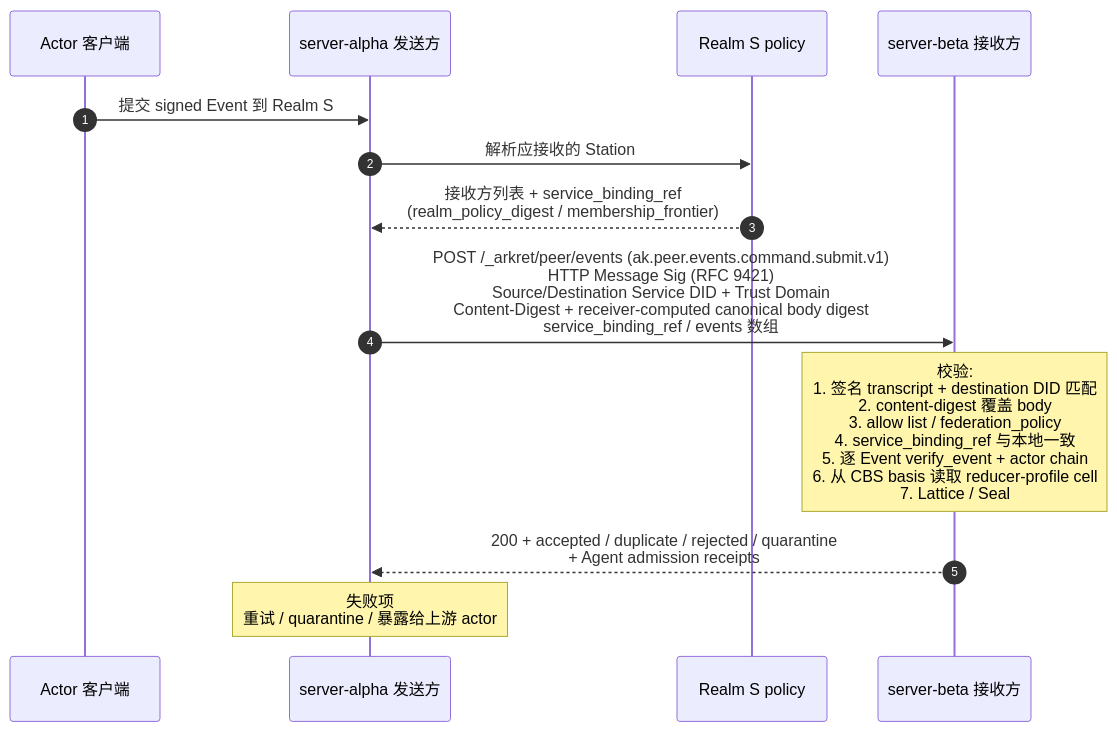
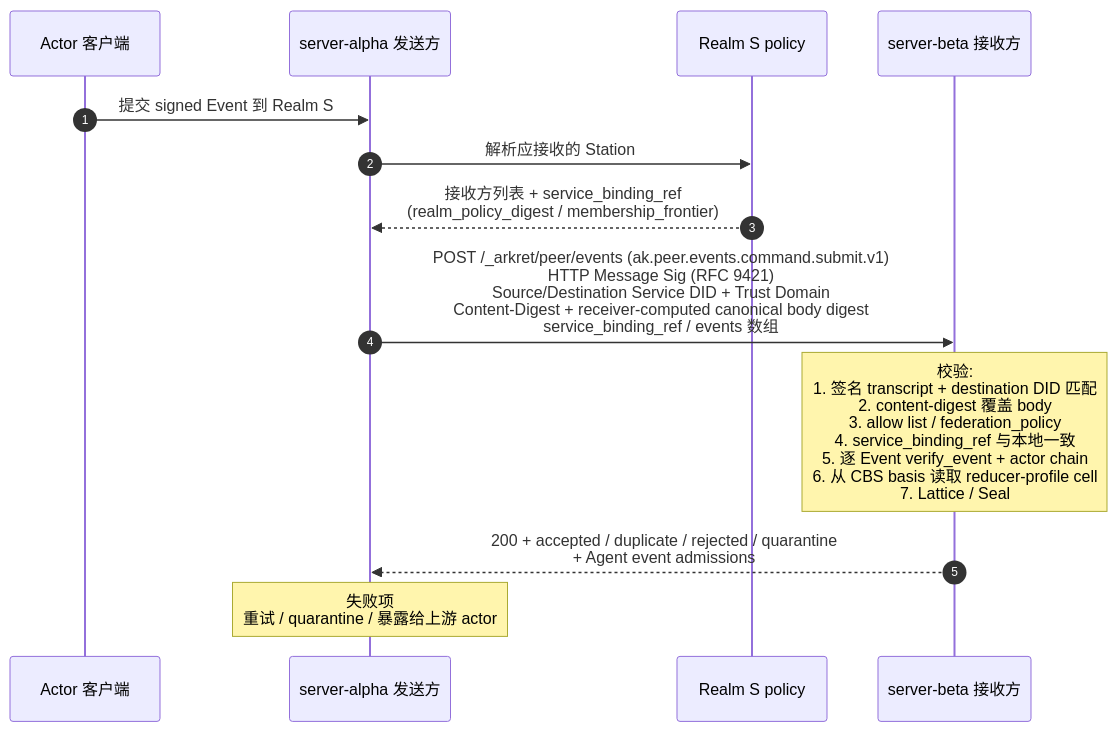
One commit to arkret-org/arkret-spec changed the diagram in spec/v1/zh/sync/federation.md. Above: the diagram before and after it, drawn with Mermaid. The commit also changed other lines of this file and 54 other files, not shown here.

````diff
--- a/spec/v1/zh/sync/federation.md
+++ b/spec/v1/zh/sync/federation.md
@@ -300,16 +300,16 @@
 ```mermaid
 sequenceDiagram
     autonumber
     participant Cli as Actor 客户端
     participant Alpha as server-alpha 发送方
     participant Pol as Realm S policy
     participant Beta as server-beta 接收方
 
     Cli->>Alpha: 提交 signed Event 到 Realm S
     Alpha->>Pol: 解析应接收的 Station
     Pol-->>Alpha: 接收方列表 + service_binding_ref<br>(realm_policy_digest / membership_frontier)
     Alpha->>Beta: POST /_arkret/peer/events (ak.peer.events.command.submit.v1)<br>HTTP Message Sig (RFC 9421)<br>Source/Destination Service DID + Trust Domain<br>Content-Digest + receiver-computed canonical body digest<br>service_binding_ref / events 数组
     note over Beta: 校验:<br>1. 签名 transcript + destination DID 匹配<br>2. content-digest 覆盖 body<br>3. allow list / federation_policy<br>4. service_binding_ref 与本地一致<br>5. 逐 Event verify_event + actor chain<br>6. 从 CBS basis 读取 reducer-profile cell<br>7. Lattice / Seal
-    Beta-->>Alpha: 200 + accepted / duplicate / rejected / quarantine<br>+ Agent admission receipts
+    Beta-->>Alpha: 200 + accepted / duplicate / rejected / quarantine<br>+ Agent event admissions
     note over Alpha: 失败项<br>重试 / quarantine / 暴露给上游 actor
 ```
````
